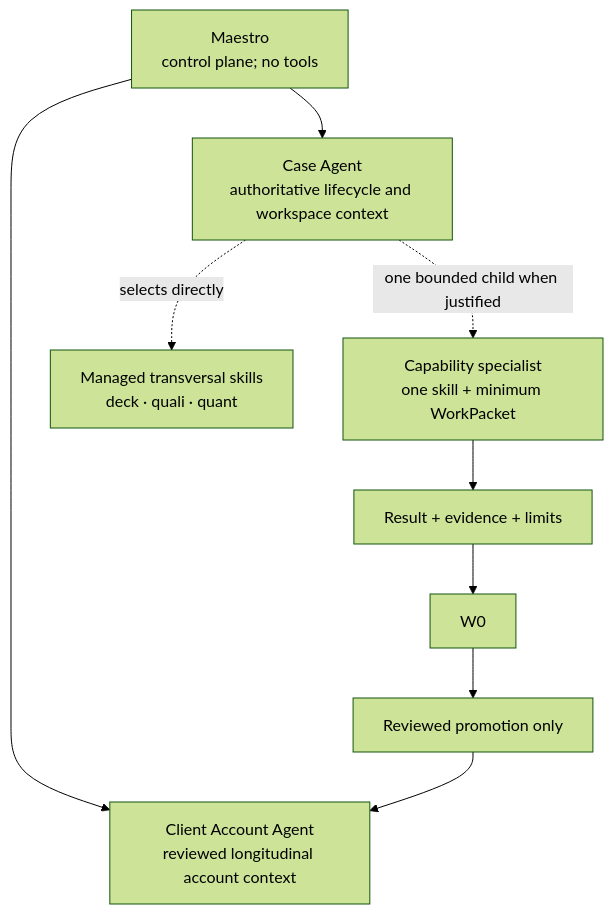
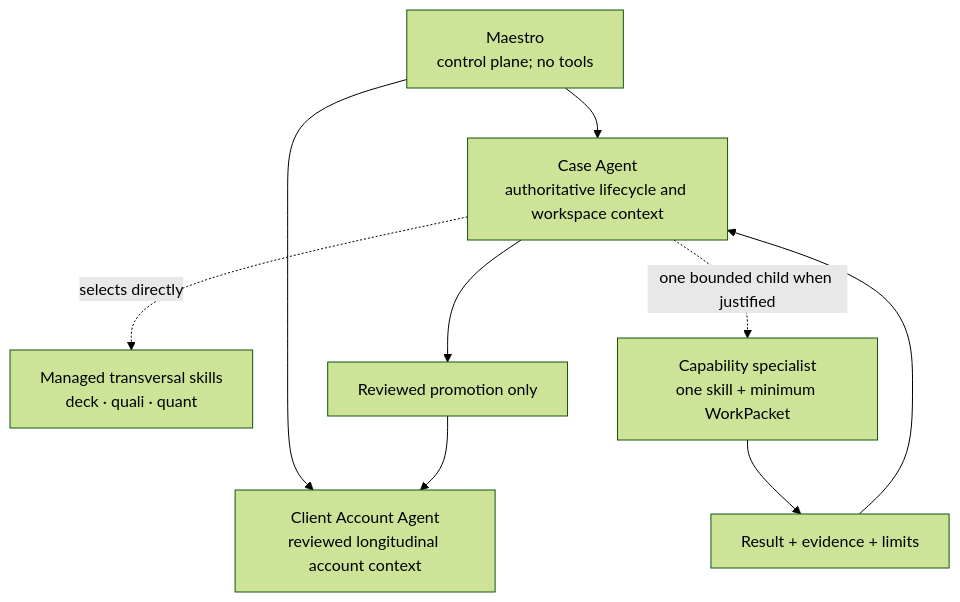
One commit to agentic-os-brasil/bcg-brasil-agentic-os changed the diagram in specs/034-vertical-agents-and-transversal-skills.md. Above: the diagram before and after it, drawn with Mermaid (forest theme). The commit also changed other lines of this file and 7 other files, not shown here.

````diff
--- a/specs/034-vertical-agents-and-transversal-skills.md
+++ b/specs/034-vertical-agents-and-transversal-skills.md
@@ -23,11 +23,11 @@
 ```mermaid
 flowchart TD
     M["Maestro\ncontrol plane; no tools"] --> A["Client Account Agent\nreviewed longitudinal account context"]
     M --> C["Case Agent\nauthoritative lifecycle and workspace context"]
     C -. "selects directly" .-> S["Managed transversal skills\ndeck · quali · quant"]
     C -. "one bounded child when justified" .-> W["Capability specialist\none skill + minimum WorkPacket"]
     W --> R["Result + evidence + limits"]
-    R --> W0
-    W0 --> P["Reviewed promotion only"]
+    R --> C
+    C --> P["Reviewed promotion only"]
     P --> A
 ```
````
